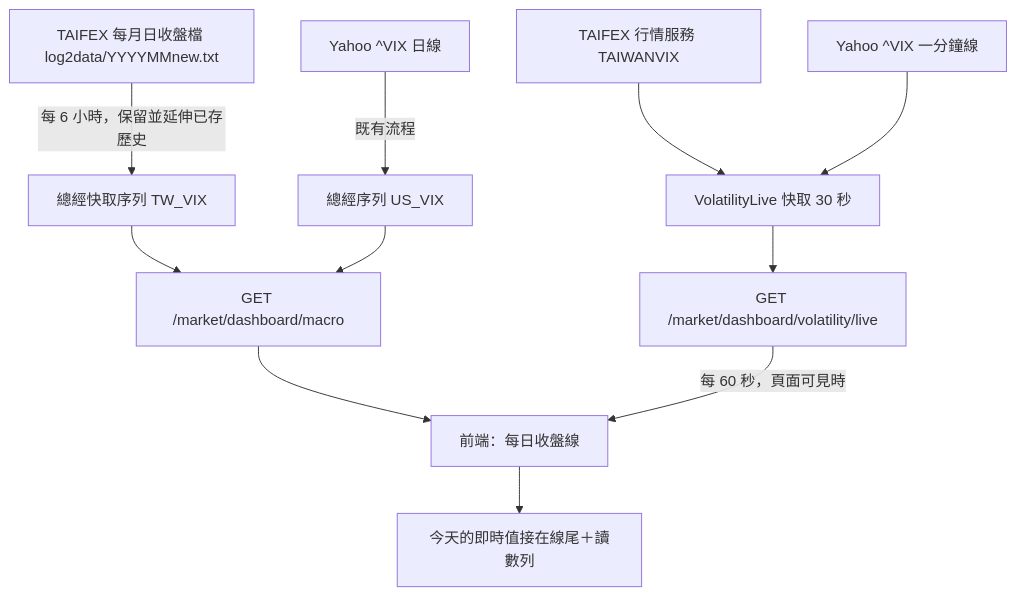
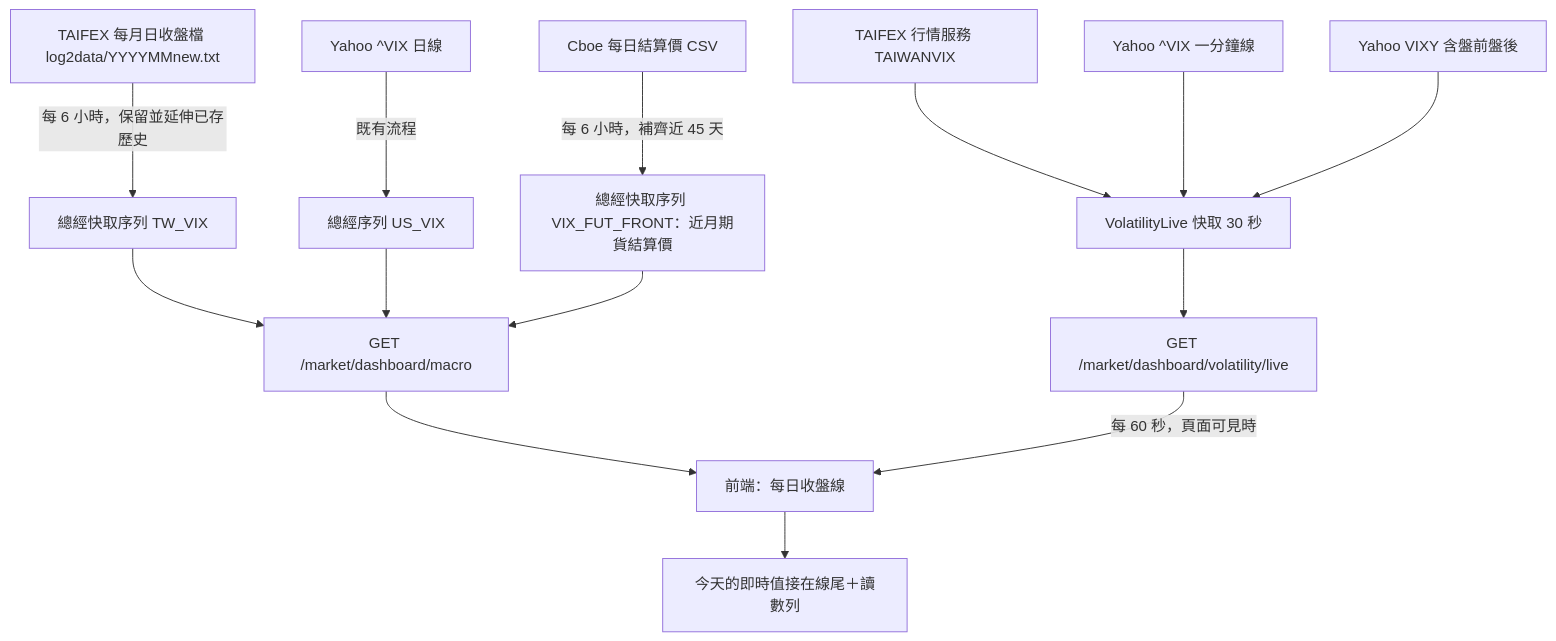
Before and after one commit to Vinskao/maya-sawa: the diagram in docs/VOLATILITY_CHARTS.md, drawn with Mermaid. The commit also changed other lines of this file and 3 other files, not shown here.

First line of the commit message:
VIX 近月期貨：Cboe 每日結算價進總經快取，VIXY 盤前盤後當夜間替代指標

````diff
--- a/docs/VOLATILITY_CHARTS.md
+++ b/docs/VOLATILITY_CHARTS.md
@@ -5,13 +5,16 @@
 ```mermaid
 flowchart TD
     A[TAIFEX 每月日收盤檔 log2data/YYYYMMnew.txt] -->|每 6 小時，保留並延伸已存歷史| M[總經快取序列 TW_VIX]
     Y[Yahoo ^VIX 日線] -->|既有流程| U[總經序列 US_VIX]
     M --> S[GET /market/dashboard/macro]
     U --> S
     L1[TAIFEX 行情服務 TAIWANVIX] --> C[VolatilityLive 快取 30 秒]
     L2[Yahoo ^VIX 一分鐘線] --> C
     C --> V[GET /market/dashboard/volatility/live]
+    K[Cboe 每日結算價 CSV] -->|每 6 小時，補齊近 45 天| FU[總經快取序列 VIX_FUT_FRONT：近月期貨結算價]
+    FU --> S
+    L3[Yahoo VIXY 含盤前盤後] --> C
     S --> F[前端：每日收盤線]
     V -->|每 60 秒，頁面可見時| F
     F --> P[今天的即時值接在線尾＋讀數列]
 ```
````
